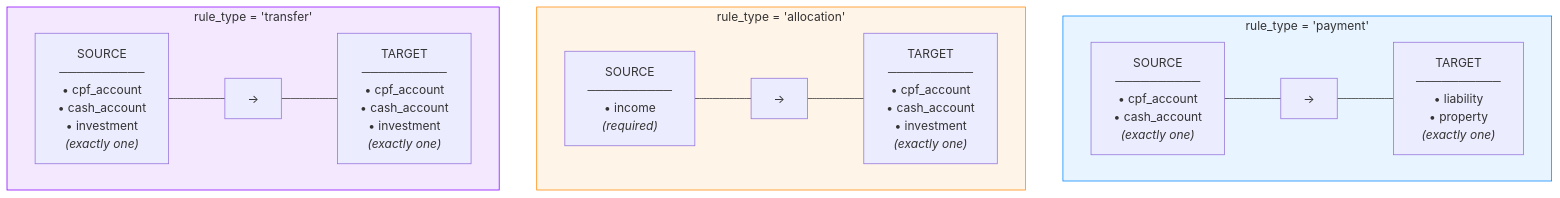
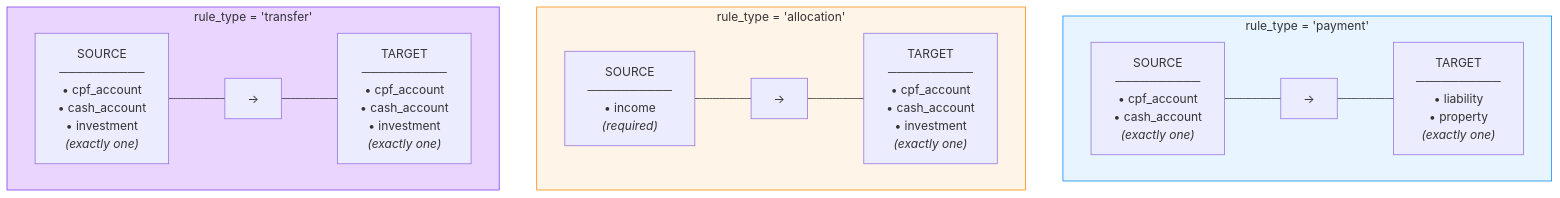
The sixth of 11 diagrams in specs/fund-flow-rules.md (jcleow/wealthproject), drawn with Mermaid before and after one commit. The commit also changed other lines of this file and 3 other files, not shown here.

First line of the commit message:
feat(fund-flow-rules): add Phase 4 expense rules spec and comprehensive tests

````diff
--- a/specs/fund-flow-rules.md
+++ b/specs/fund-flow-rules.md
@@ -236,30 +244,30 @@
 ```mermaid
 flowchart TB
     subgraph Payment["rule_type = 'payment'"]
         direction LR
         P_Source["SOURCE<br/>──────────<br/>• cpf_account<br/>• cash_account<br/><i>(exactly one)</i>"]
         P_Arrow["→"]
         P_Target["TARGET<br/>──────────<br/>• liability<br/>• property<br/><i>(exactly one)</i>"]
         P_Source --- P_Arrow --- P_Target
     end
 
     subgraph Allocation["rule_type = 'allocation'"]
         direction LR
         A_Source["SOURCE<br/>──────────<br/>• income<br/><i>(required)</i>"]
         A_Arrow["→"]
         A_Target["TARGET<br/>──────────<br/>• cpf_account<br/>• cash_account<br/>• investment<br/><i>(exactly one)</i>"]
         A_Source --- A_Arrow --- A_Target
     end
 
     subgraph Transfer["rule_type = 'transfer'"]
         direction LR
         T_Source["SOURCE<br/>──────────<br/>• cpf_account<br/>• cash_account<br/>• investment<br/><i>(exactly one)</i>"]
         T_Arrow["→"]
         T_Target["TARGET<br/>──────────<br/>• cpf_account<br/>• cash_account<br/>• investment<br/><i>(exactly one)</i>"]
         T_Source --- T_Arrow --- T_Target
     end
 
     style Payment fill:#e8f4ff,stroke:#08f
     style Allocation fill:#fff4e8,stroke:#f80
-    style Transfer fill:#f4e8ff,stroke:#80f
+    style Transfer fill:#e9d5ff,stroke:#7c3aed
 ```
````
